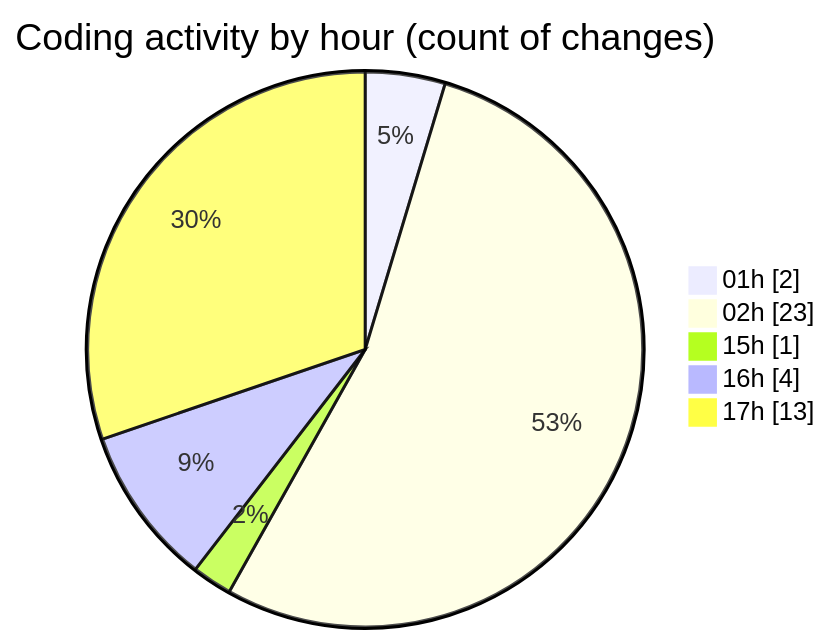
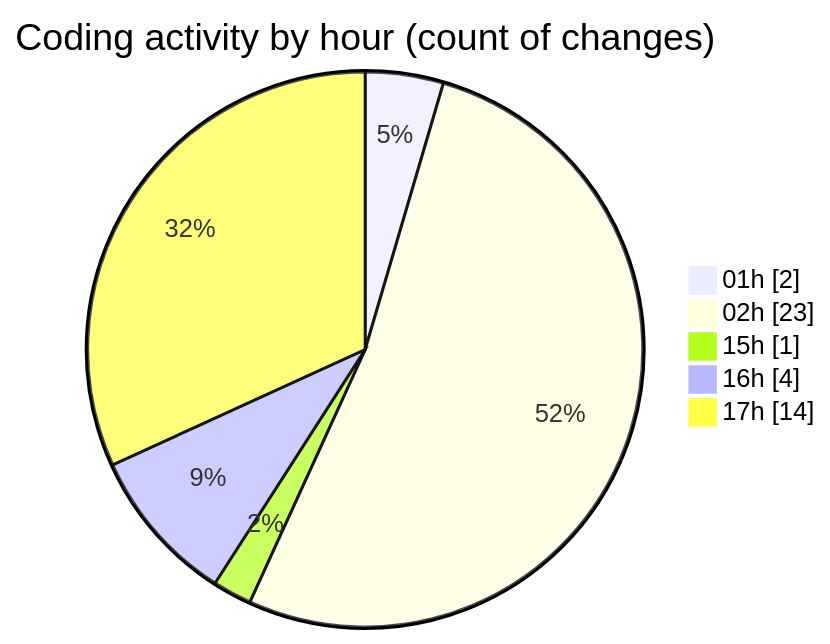
The second of 2 diagrams in 2025-10-01/open-health/README.md (mevix1/code-tracking), drawn with Mermaid before and after one commit. The commit also changed other lines of this file and 1 other file, not shown here.

````diff
--- a/2025-10-01/open-health/README.md
+++ b/2025-10-01/open-health/README.md
@@ -54,9 +55,9 @@
 ```mermaid
 pie showData
 title Coding activity by hour (count of changes)
 "01h" : 2
 "02h" : 23
 "15h" : 1
 "16h" : 4
-"17h" : 13
+"17h" : 14
 ```
````
